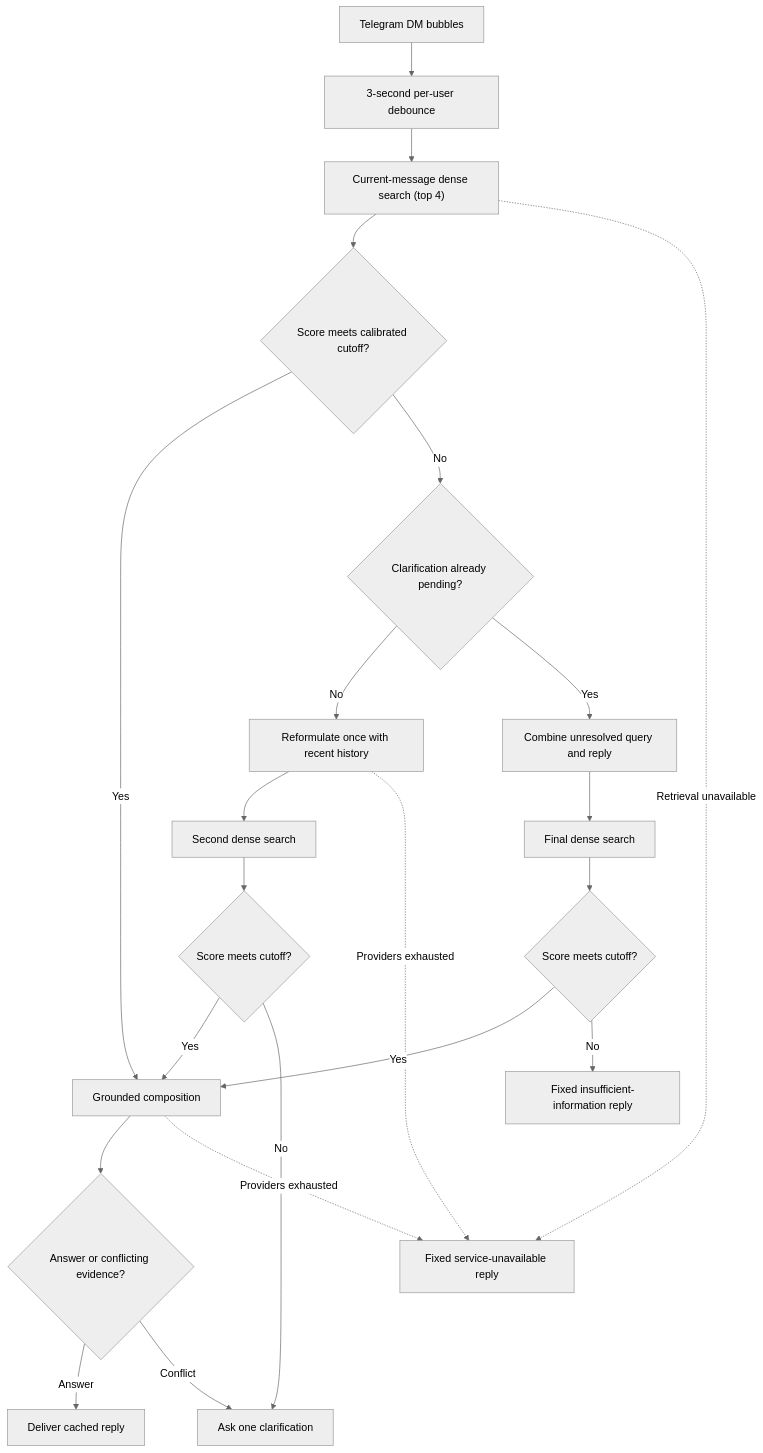
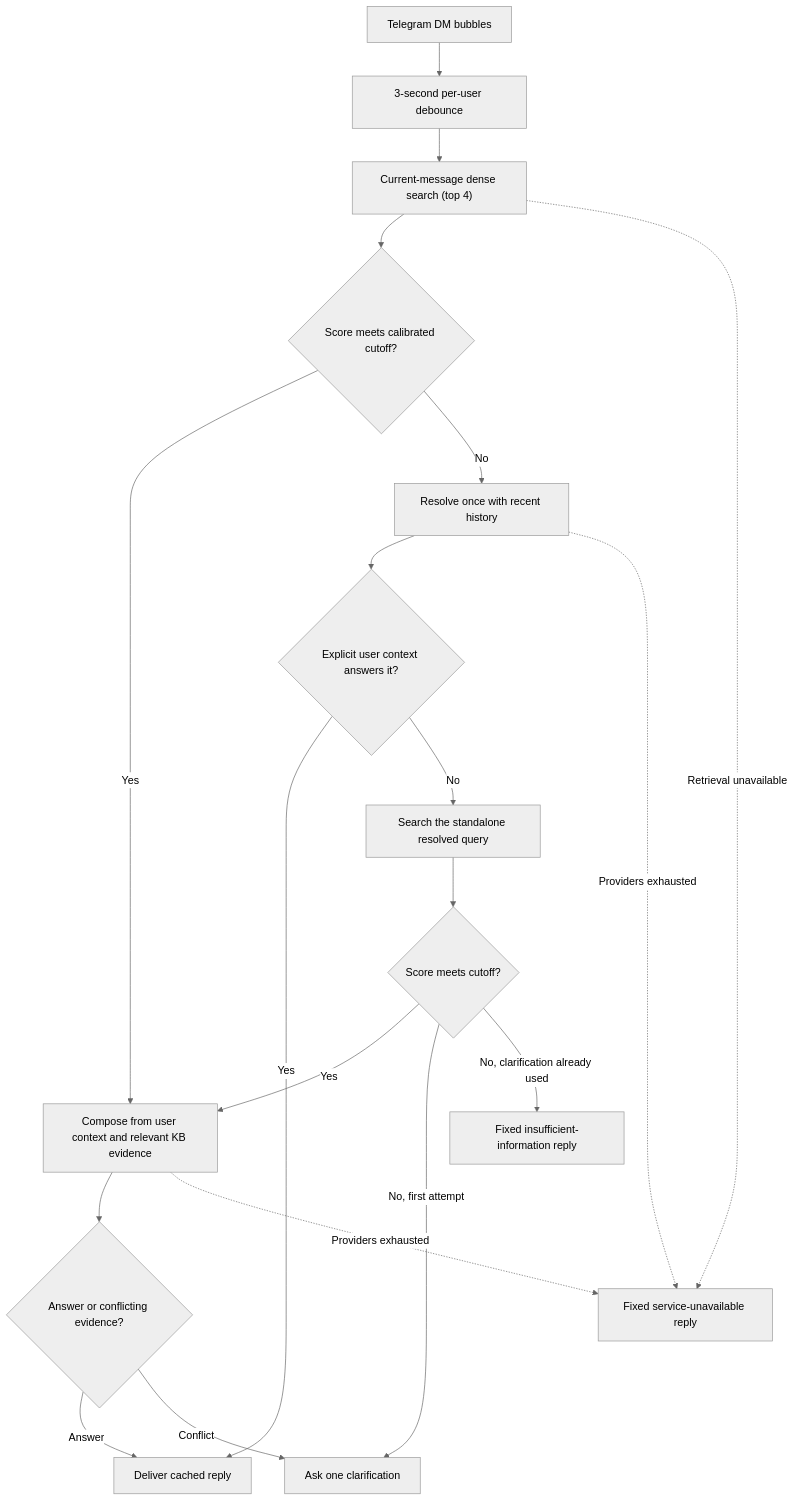
The diagram in README.md (PrimC0de/cust-service-bot), drawn with Mermaid (neutral theme) before and after one commit. The commit also changed other lines of this file and 5 other files, not shown here.

Commit message:
handling user context

````diff
--- a/README.md
+++ b/README.md
@@ -66,24 +67,21 @@
 ```mermaid
 flowchart TD
     A["Telegram DM bubbles"] --> B["3-second per-user debounce"]
     B --> C["Current-message dense search (top 4)"]
     C --> D{"Score meets calibrated cutoff?"}
-    D -- Yes --> E["Grounded composition"]
+    D -- Yes --> E["Compose from user context and relevant KB evidence"]
     E --> F{"Answer or conflicting evidence?"}
     F -- Answer --> G["Deliver cached reply"]
     F -- Conflict --> H["Ask one clarification"]
-    D -- No --> I{"Clarification already pending?"}
-    I -- No --> J["Reformulate once with recent history"]
-    J --> K["Second dense search"]
+    D -- No --> J["Resolve once with recent history"]
+    J --> I{"Explicit user context answers it?"}
+    I -- Yes --> G
+    I -- No --> K["Search the standalone resolved query"]
     K --> L{"Score meets cutoff?"}
     L -- Yes --> E
-    L -- No --> H
-    I -- Yes --> M["Combine unresolved query and reply"]
-    M --> N["Final dense search"]
-    N --> O{"Score meets cutoff?"}
-    O -- Yes --> E
-    O -- No --> P["Fixed insufficient-information reply"]
+    L -- No, first attempt --> H
+    L -- No, clarification already used --> P["Fixed insufficient-information reply"]
     C -. Retrieval unavailable .-> Q["Fixed service-unavailable reply"]
     J -. Providers exhausted .-> Q
     E -. Providers exhausted .-> Q
 ```
````
